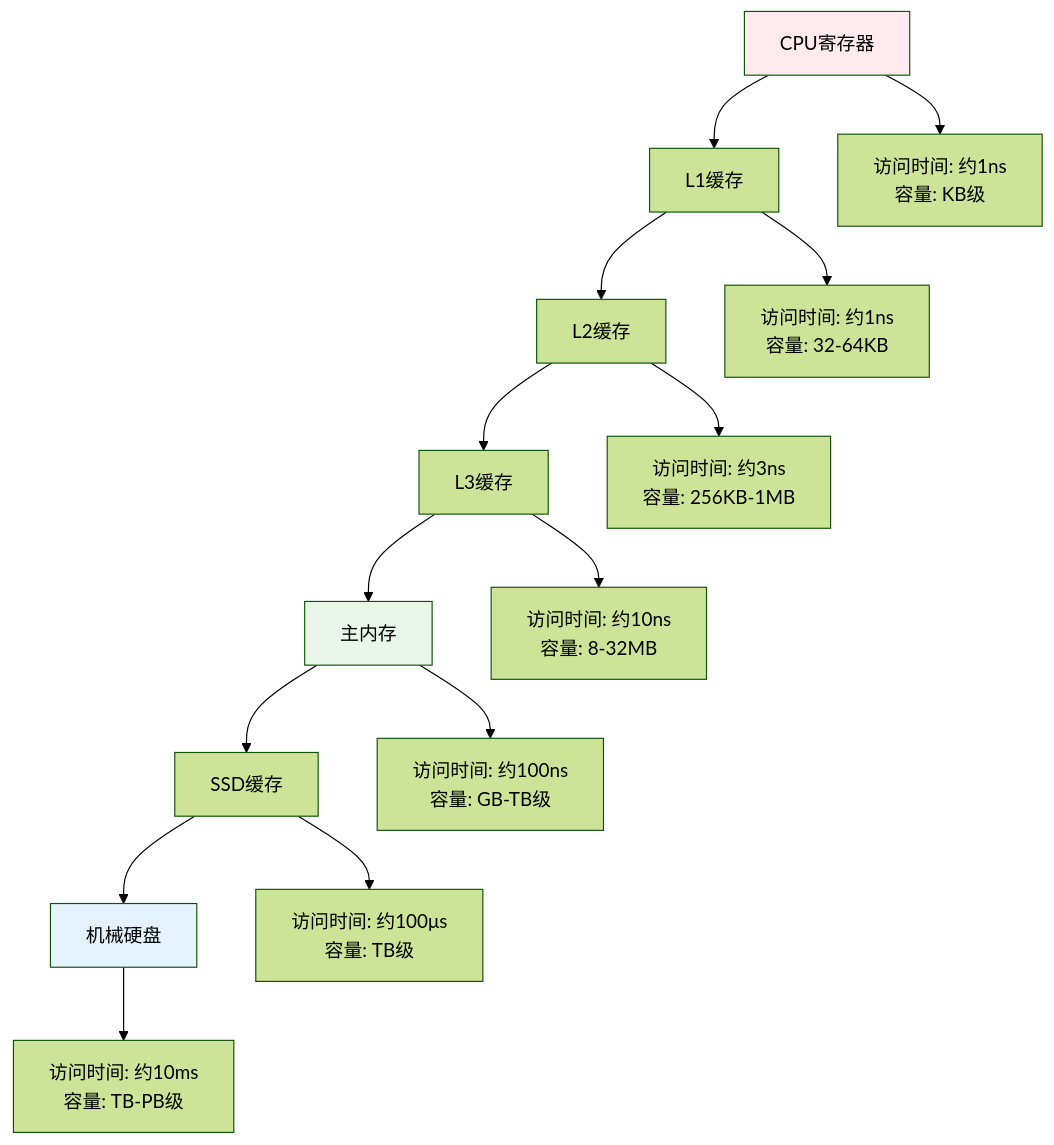
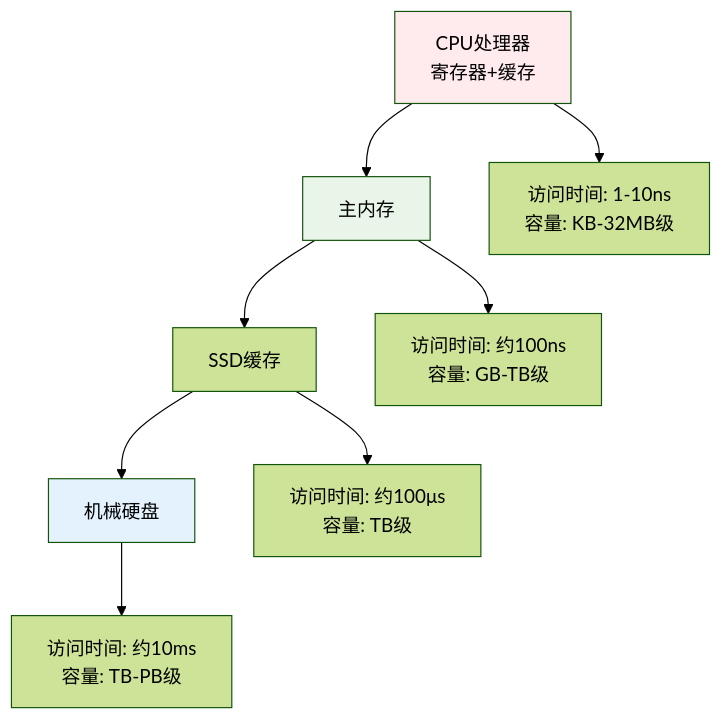
Before and after one commit to crazypenguincode/duckdb: the second of 2 diagrams in md/第二章-相关背景与理论基础.md, drawn with Mermaid (forest theme). The commit also changed 30 other files, not shown here.

````diff
--- a/md/第二章-相关背景与理论基础.md
+++ b/md/第二章-相关背景与理论基础.md
@@ -38,21 +38,15 @@
 ```mermaid
 graph TD
-    A[CPU寄存器] --> B[L1缓存]
-    B --> C[L2缓存]
-    C --> D[L3缓存]
-    D --> E[主内存]
+    A[CPU处理器<br/>寄存器+缓存] --> E[主内存]
     E --> F[SSD缓存]
     F --> G[机械硬盘]
     
-    A --> A1[访问时间: 约1ns<br/>容量: KB级]
-    B --> B1[访问时间: 约1ns<br/>容量: 32-64KB]
-    C --> C1[访问时间: 约3ns<br/>容量: 256KB-1MB]
-    D --> D1[访问时间: 约10ns<br/>容量: 8-32MB]
+    A --> A1[访问时间: 1-10ns<br/>容量: KB-32MB级]
     E --> E1[访问时间: 约100ns<br/>容量: GB-TB级]
     F --> F1[访问时间: 约100μs<br/>容量: TB级]
     G --> G1[访问时间: 约10ms<br/>容量: TB-PB级]
     
     style A fill:#ffebee
     style E fill:#e8f5e8
     style G fill:#e3f2fd
 ```
````
